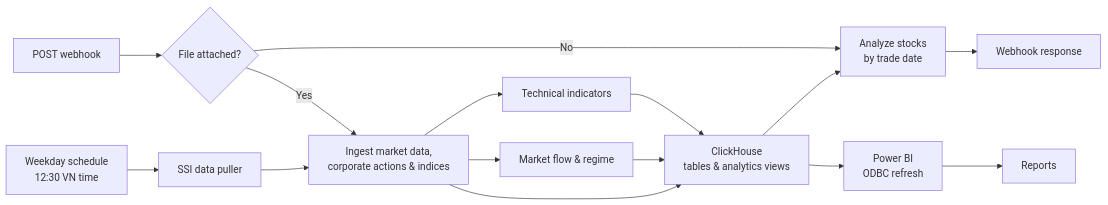
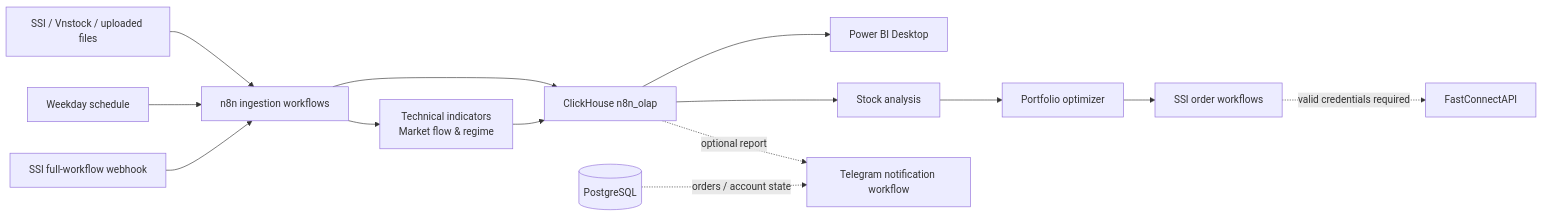
One commit to thuanvu301103/Stock changed the second of 2 diagrams in README.md. Above: the diagram before and after it, drawn with Mermaid. The commit also changed other lines of this file and 35 other files, not shown here.

First line of the commit message:
Enhance SSI market-data services and trade-order workflows (#7)

````diff
--- a/README.md
+++ b/README.md
@@ -66,17 +71,18 @@
 ```mermaid
 flowchart LR
-    SCHED["Weekday schedule<br/>12:30 VN time"] --> PULL["SSI data puller"]
-    WEBHOOK["POST webhook"] --> FILE{"File attached?"}
-    FILE -->|Yes| INGEST
-    FILE -->|No| ANALYZE
-    PULL --> INGEST["Ingest market data,<br/>corporate actions & indices"]
+    SOURCES["SSI / Vnstock / uploaded files"] --> INGEST["n8n ingestion workflows"]
+    SCHED["Weekday schedule"] --> INGEST
+    WEBHOOK["SSI full-workflow webhook"] --> INGEST
 
-    INGEST --> TECH["Technical indicators"]
-    INGEST --> FLOW["Market flow & regime"]
-    TECH --> CH["ClickHouse<br/>tables & analytics views"]
-    FLOW --> CH
-    INGEST --> CH
-    CH --> ANALYZE["Analyze stocks<br/>by trade date"]
-    ANALYZE --> RESPONSE["Webhook response"]
-    CH --> PBI["Power BI<br/>ODBC refresh"] --> REPORT["Reports"]
+    INGEST --> CH["ClickHouse n8n_olap"]
+    INGEST --> ANALYTICS["Technical indicators<br/>Market flow & regime"]
+    ANALYTICS --> CH
+
+    CH --> PBI["Power BI Desktop"]
+    CH --> ANALYZE["Stock analysis"]
+    ANALYZE --> STRATEGY["Portfolio optimizer"]
+    STRATEGY --> ORDERS["SSI order workflows"]
+    ORDERS -. "valid credentials required" .-> FAST["FastConnectAPI"]
+    CH -. "optional report" .-> NOTIFY["Telegram notification workflow"]
+    PG[("PostgreSQL")] -. "orders / account state" .-> NOTIFY
 ```
````
